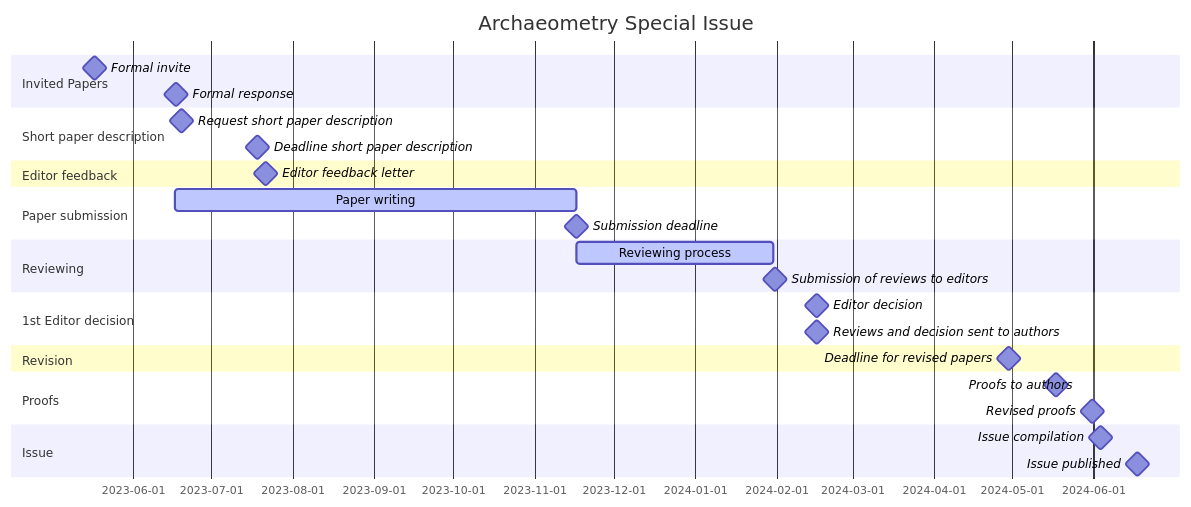
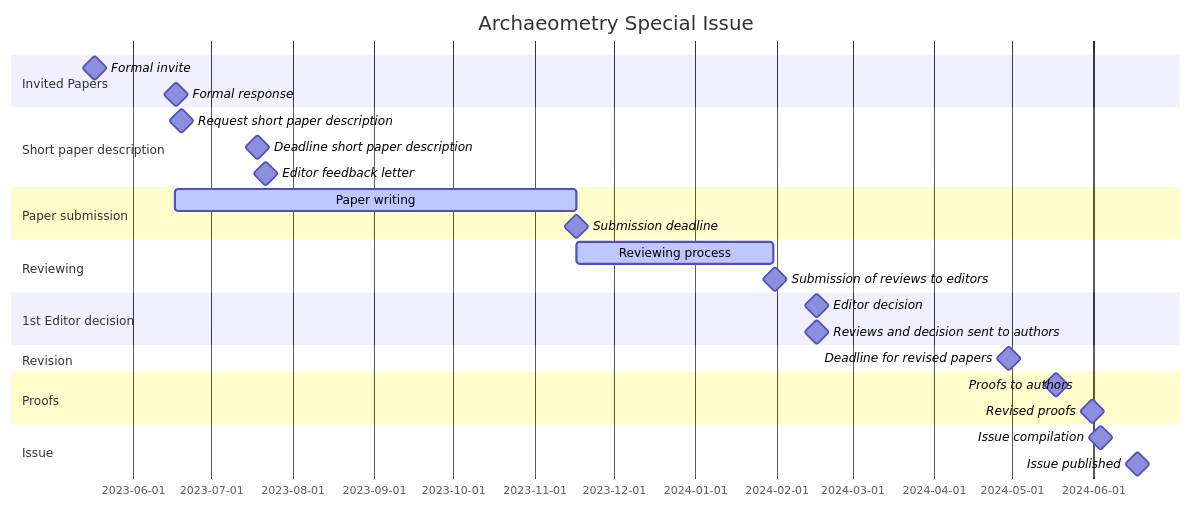
Before and after one commit to historical-time/archaeometry-si: the diagram in README.md, drawn with Mermaid.

````diff
--- a/README.md
+++ b/README.md
@@ -19,31 +19,30 @@
 ```mermaid
 gantt
     title Archaeometry Special Issue
     dateFormat  YYYY-MM-DD
     section Invited Papers
     Formal invite                    : milestone, m0, 2023-05-17, 1d
     Formal response                  : milestone, m0, 2023-06-17, 1d
     section Short paper description
     Request short paper description  : milestone, m0, 2023-06-19, 1d
     Deadline short paper description : milestone, m0, 2023-07-18, 1d
-    section Editor feedback
     Editor feedback letter           : milestone, m1, 2023-07-21, 1d
     section Paper submission
     Paper writing                    : active, a0, 2023-06-17, 2023-11-17
     Submission deadline              : milestone, m9, 2023-11-17, 1d %% Soft deadline
     %% Hard deadline                 : milestone, m9, 2023-11-30, 1d %% Hard deadline
     section Reviewing
     Reviewing process                  : active, a1, 2023-11-17, 2024-01-31
     Submission of reviews to editors   : milestone, m1, 2024-01-31, 1d
     section 1st Editor decision
     Editor decision                     : milestone, m2, 2024-02-16, 1d
     Reviews and decision sent to authors: milestone, m2, 2024-02-16, 1d
     section Revision
     Deadline for revised papers      : milestone, m2, 2024-04-29, 1d
     section Proofs
     Proofs to authors                : milestone, m2, 2024-05-17, 1d
     Revised proofs                   : milestone, m2, 2024-05-31, 1d
     section Issue
     Issue compilation                : milestone, m2, 2024-06-03, 1d
     Issue published                  : milestone, m2, 2024-06-17, 1d
 ```
````
